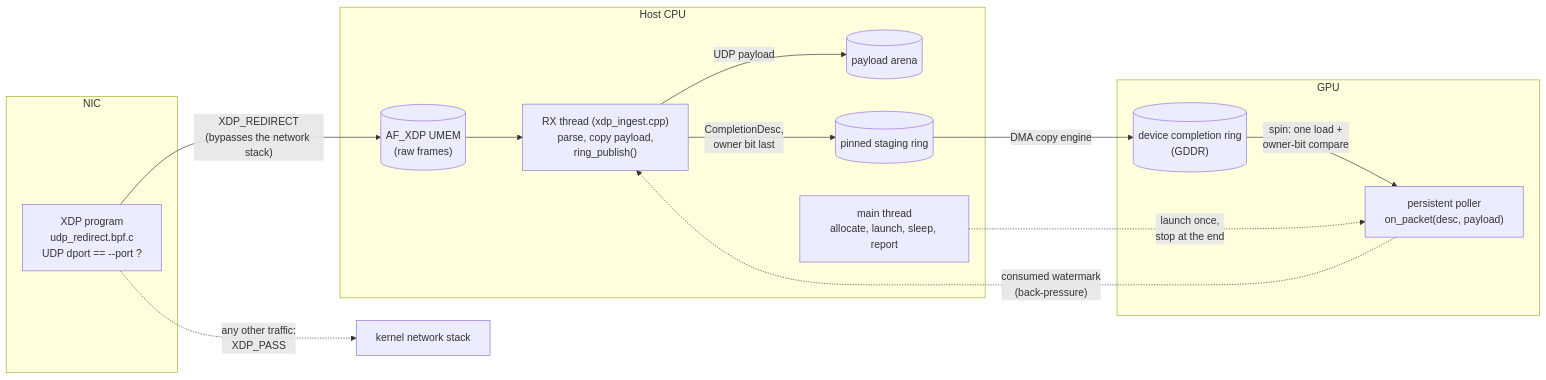
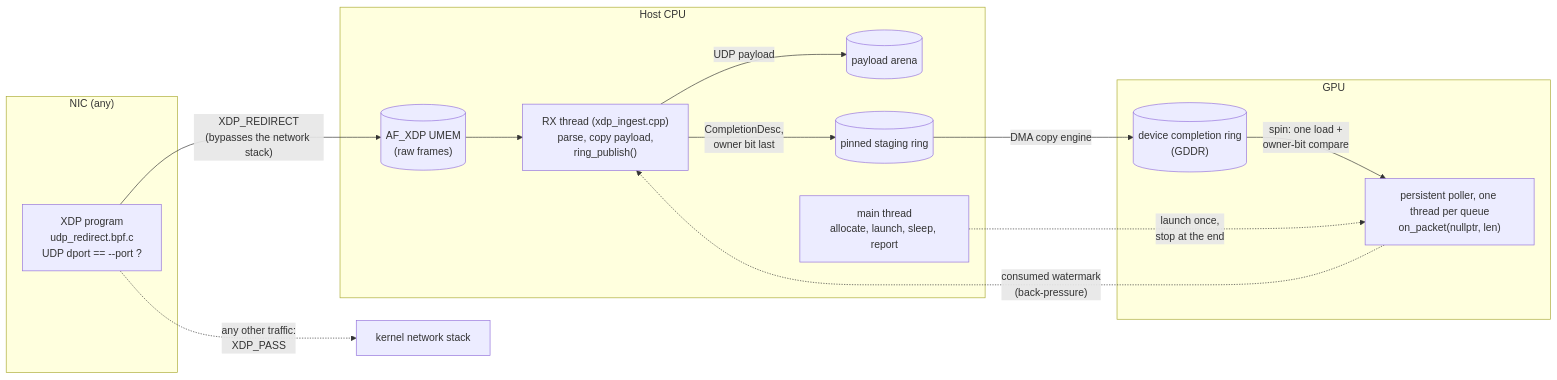
One commit to otterbox901/GPU-NIC-CQ-polling changed the second of 2 diagrams in README.md. Above: the diagram before and after it, drawn with Mermaid. The commit also changed other lines of this file, not shown here.

````diff
--- a/README.md
+++ b/README.md
@@ -32,26 +85,26 @@
 ```mermaid
 flowchart LR
-    subgraph NIC["NIC"]
+    subgraph NIC["NIC (any)"]
         XDP["XDP program<br/>udp_redirect.bpf.c<br/>UDP dport == --port ?"]
     end
     subgraph HOST["Host CPU"]
         UMEM[("AF_XDP UMEM<br/>(raw frames)")]
         RX["RX thread (xdp_ingest.cpp)<br/>parse, copy payload,<br/>ring_publish()"]
         ARENA[("payload arena")]
         STAGE[("pinned staging ring")]
         MAIN["main thread<br/>allocate, launch, sleep, report"]
         UMEM --> RX
         RX -- "UDP payload" --> ARENA
         RX -- "CompletionDesc,<br/>owner bit last" --> STAGE
     end
     subgraph GPU["GPU"]
         CQ[("device completion ring<br/>(GDDR)")]
-        POLL["persistent poller<br/>on_packet(desc, payload)"]
+        POLL["persistent poller, one thread per queue<br/>on_packet(nullptr, len)"]
         CQ -- "spin: one load +<br/>owner-bit compare" --> POLL
     end
     XDP -- "XDP_REDIRECT<br/>(bypasses the network stack)" --> UMEM
     XDP -. "any other traffic:<br/>XDP_PASS" .-> STACK["kernel network stack"]
     STAGE -- "DMA copy engine" --> CQ
     POLL -. "consumed watermark<br/>(back-pressure)" .-> RX
     MAIN -. "launch once,<br/>stop at the end" .-> POLL
 ```
````
